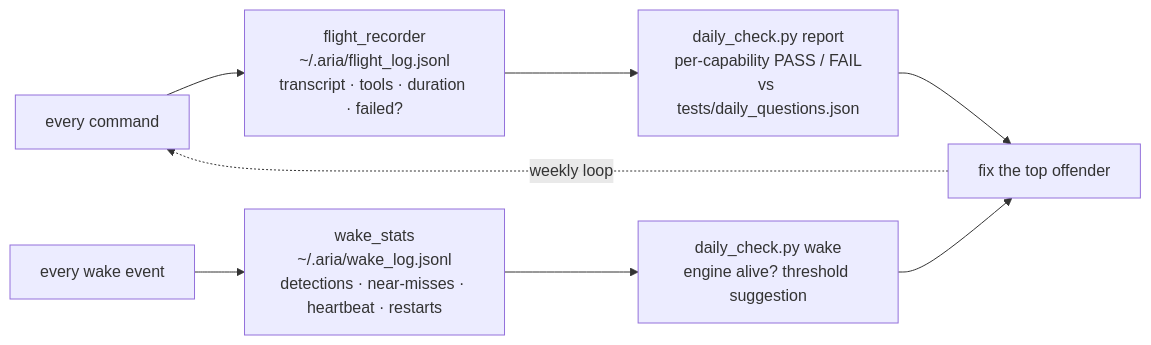
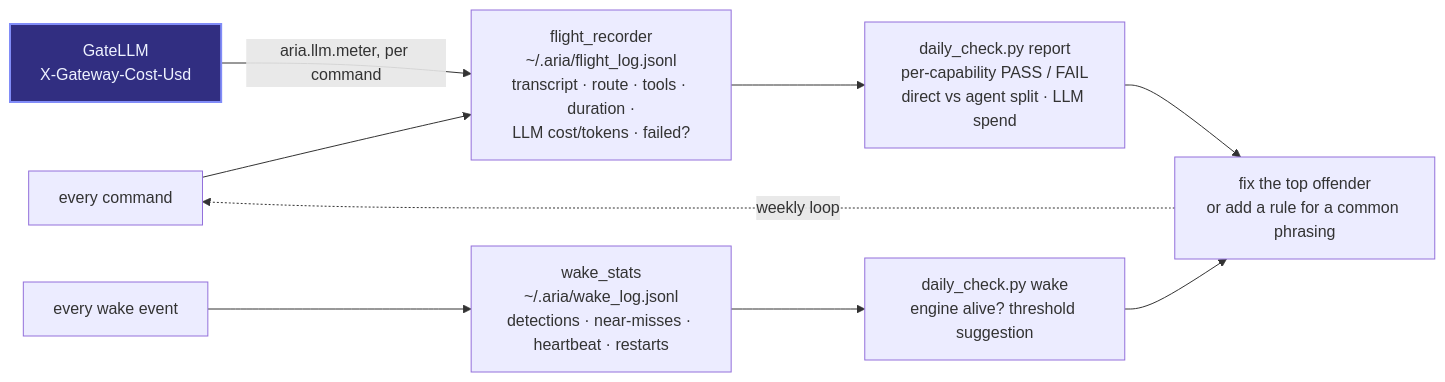
Before and after one commit to Bhanu1299/Aria: the eighth of 8 diagrams in ARCHITECTURE.md, drawn with Mermaid. The commit also changed other lines of this file and 2 other files, not shown here.

First line of the commit message:
docs: show the dispatcher and GateLLM gateway in every diagram

````diff
--- a/ARCHITECTURE.md
+++ b/ARCHITECTURE.md
@@ -248,10 +322,14 @@
 ```mermaid
 flowchart LR
-    CMD["every command"] --> FR["flight_recorder<br/>~/.aria/flight_log.jsonl<br/>transcript · tools · duration · failed?"]
+    CMD["every command"] --> FR["flight_recorder<br/>~/.aria/flight_log.jsonl<br/>transcript · route · tools · duration ·<br/>LLM cost/tokens · failed?"]
+    GW["GateLLM<br/>X-Gateway-Cost-Usd"] -->|"aria.llm.meter, per command"| FR
     WK["every wake event"] --> WS["wake_stats<br/>~/.aria/wake_log.jsonl<br/>detections · near-misses · heartbeat · restarts"]
-    FR --> DC["daily_check.py report<br/>per-capability PASS / FAIL<br/>vs tests/daily_questions.json"]
+    FR --> DC["daily_check.py report<br/>per-capability PASS / FAIL<br/>direct vs agent split · LLM spend"]
     WS --> DW["daily_check.py wake<br/>engine alive? threshold suggestion"]
-    DC --> FIX["fix the top offender"]
+    DC --> FIX["fix the top offender<br/>or add a rule for a common phrasing"]
     DW --> FIX
     FIX -.->|"weekly loop"| CMD
+
+    classDef key fill:#312e81,stroke:#818cf8,color:#eef2ff,stroke-width:2px
+    class GW key
 ```
````
